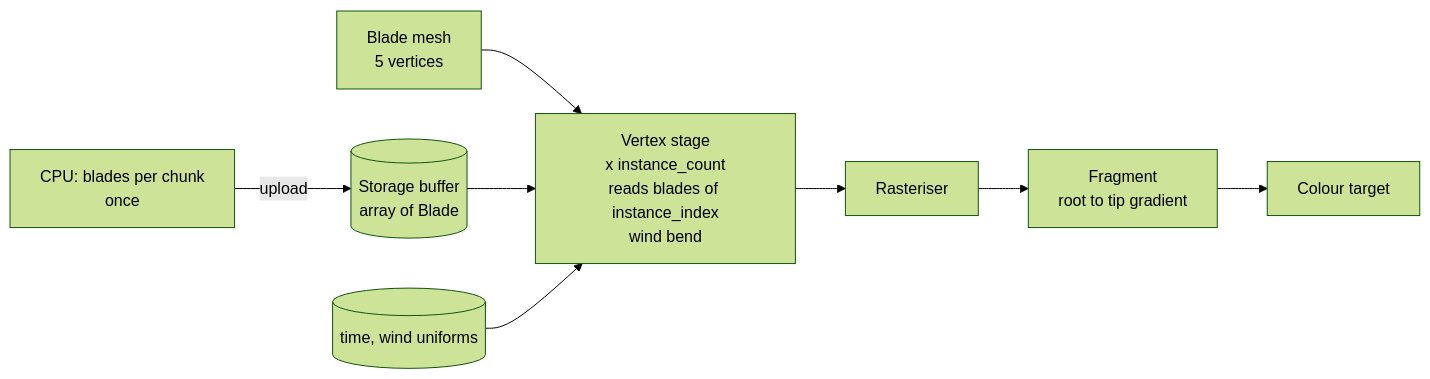
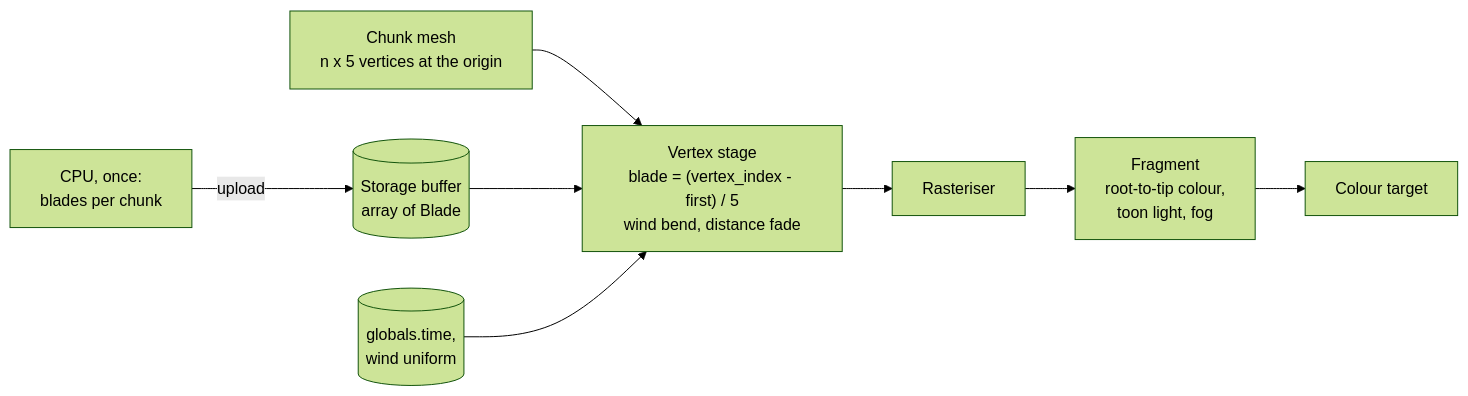
Before and after one commit to JohnnyNewman/Econoplex2: the diagram in docs/shaders/06-grass.md, drawn with Mermaid (forest theme). The commit also changed other lines of this file and 8 other files, not shown here.

````diff
--- a/docs/shaders/06-grass.md
+++ b/docs/shaders/06-grass.md
@@ -103,8 +252,8 @@
 ```mermaid
 flowchart LR
-  CPU[CPU: blades per chunk\nonce] -->|upload| SB[(Storage buffer\narray of Blade)]
-  M[Blade mesh\n5 vertices] --> VS[Vertex stage\nx instance_count\nreads blades of instance_index\nwind bend]
+  CPU["CPU, once:<br/>blades per chunk"] -->|upload| SB[("Storage buffer<br/>array of Blade")]
+  M["Chunk mesh<br/>n x 5 vertices at the origin"] --> VS["Vertex stage<br/>blade = (vertex_index - first) / 5<br/>wind bend, distance fade"]
   SB --> VS
-  T[(time, wind uniforms)] --> VS
-  VS --> RS[Rasteriser] --> FS[Fragment\nroot to tip gradient] --> O[Colour target]
+  T[("globals.time,<br/>wind uniform")] --> VS
+  VS --> RS["Rasteriser"] --> FS["Fragment<br/>root-to-tip colour,<br/>toon light, fog"] --> O["Colour target"]
 ```
````
